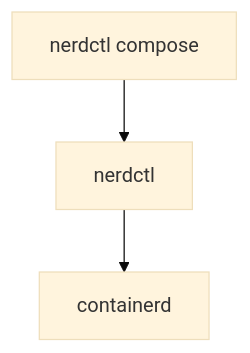
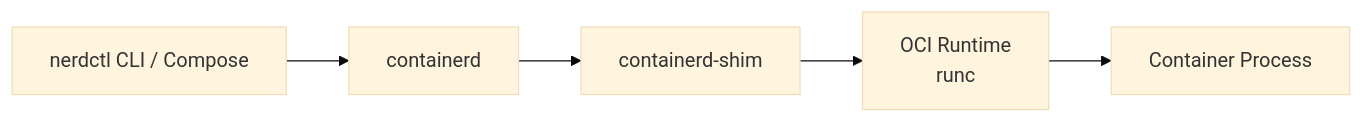
One commit to hwang-protocol/docker_k8s_2026 changed the fifth of 8 diagrams in docker/docker_7_other/README.md. Above: the diagram before and after it, drawn with Mermaid (base theme). The commit also changed other lines of this file, not shown here.

````diff
--- a/docker/docker_7_other/README.md
+++ b/docker/docker_7_other/README.md
@@ -188,8 +164,7 @@
 ```mermaid
-flowchart TD
-  Nerdctl[nerdctl]
-  Containerd[containerd]
-  NerdctlCompose[nerdctl compose]
-  Nerdctl --> Containerd
-  NerdctlCompose --> Nerdctl
+flowchart LR
+  Nerdctl[nerdctl CLI / Compose] --> Containerd[containerd]
+  Containerd --> Shim[containerd-shim]
+  Shim --> OCI[OCI Runtime<br/>runc]
+  OCI --> Process[Container Process]
 ```
````
